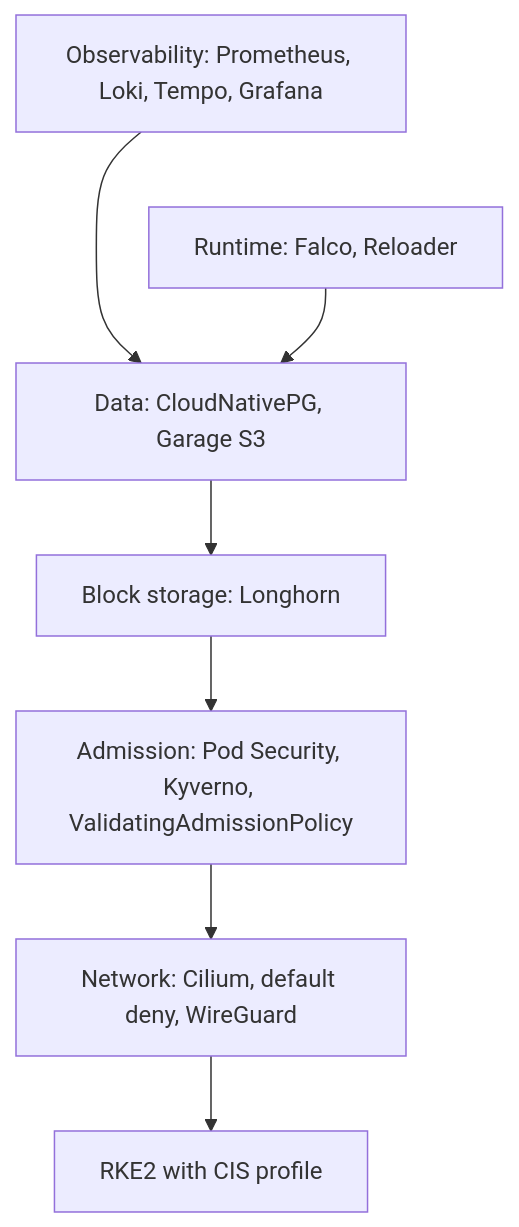
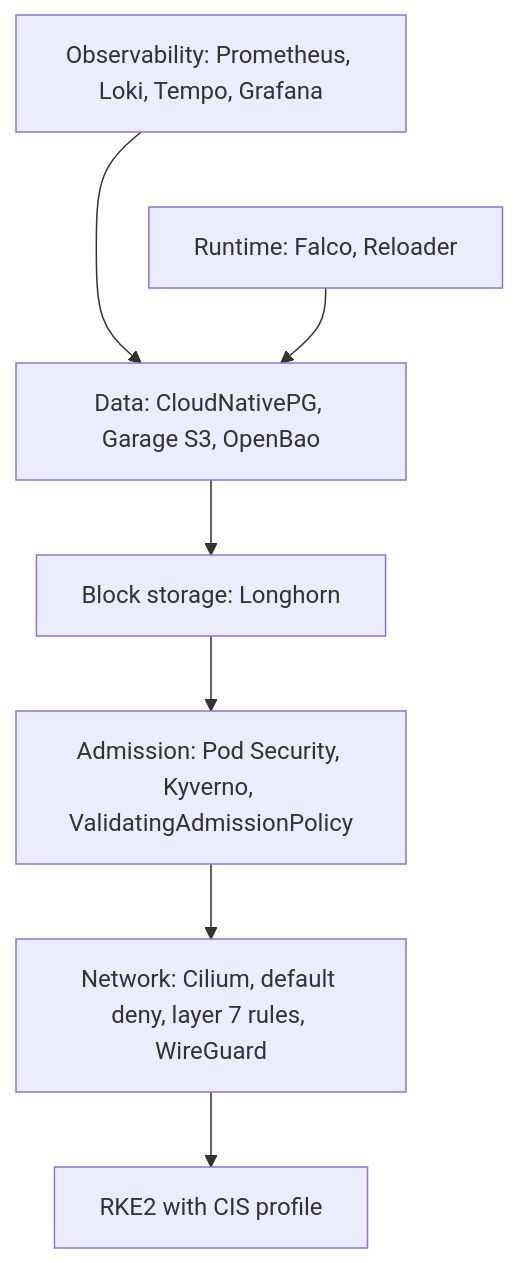
One commit to sassendes/bedrock changed the second of 2 diagrams in README.md. Above: the diagram before and after it, drawn with Mermaid. The commit also changed other lines of this file, not shown here.

````diff
--- a/README.md
+++ b/README.md
@@ -32,12 +32,12 @@
 ```mermaid
 flowchart TB
     OBS[Observability: Prometheus, Loki, Tempo, Grafana] ~~~ RT[Runtime: Falco, Reloader]
-    DATA[Data: CloudNativePG, Garage S3]
+    DATA[Data: CloudNativePG, Garage S3, OpenBao]
     BLK[Block storage: Longhorn]
     ADM[Admission: Pod Security, Kyverno, ValidatingAdmissionPolicy]
-    NET[Network: Cilium, default deny, WireGuard]
+    NET[Network: Cilium, default deny, layer 7 rules, WireGuard]
     K8S[RKE2 with CIS profile]
     OBS --> DATA
     RT --> DATA
     DATA --> BLK --> ADM --> NET --> K8S
 ```
````
